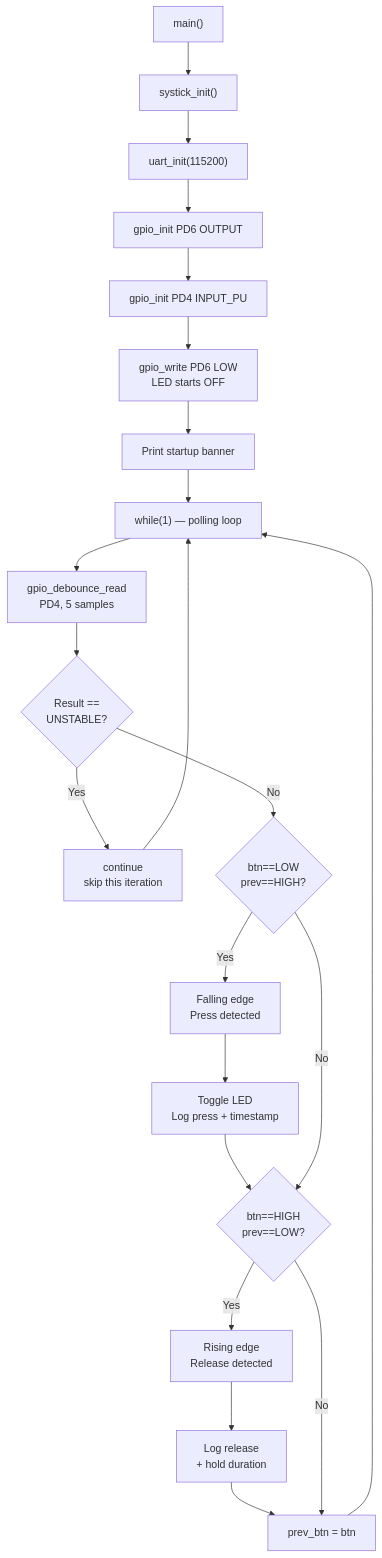
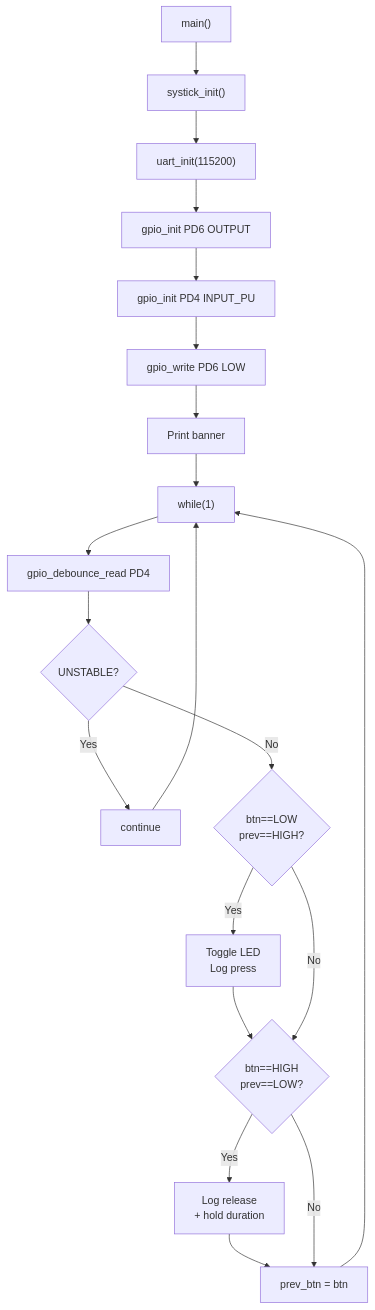
One commit to Russhi1/VSD-Squadron-Internship changed the third of 3 diagrams in task5/documentation/ARCHITECTURE.md. Above: the diagram before and after it, drawn with Mermaid. The commit also changed other lines of this file and 4 other files, not shown here.

````diff
--- a/task5/documentation/ARCHITECTURE.md
+++ b/task5/documentation/ARCHITECTURE.md
@@ -151,31 +123,29 @@
 ```mermaid
 graph TD
     S1["main()"]
     S2["systick_init()"]
     S3["uart_init(115200)"]
     S4["gpio_init PD6 OUTPUT"]
     S5["gpio_init PD4 INPUT_PU"]
-    S6["gpio_write PD6 LOW\nLED starts OFF"]
-    S7["Print startup banner"]
-    S8["while(1) — polling loop"]
-    S9["gpio_debounce_read\nPD4, 5 samples"]
-    S10{"Result ==\nUNSTABLE?"}
-    S11["continue\nskip this iteration"]
+    S6["gpio_write PD6 LOW"]
+    S7["Print banner"]
+    S8["while(1)"]
+    S9["gpio_debounce_read PD4"]
+    S10{"UNSTABLE?"}
+    S11["continue"]
     S12{"btn==LOW\nprev==HIGH?"}
-    S13["Falling edge\nPress detected"]
-    S14["Toggle LED\nLog press + timestamp"]
-    S15{"btn==HIGH\nprev==LOW?"}
-    S16["Rising edge\nRelease detected"]
-    S17["Log release\n+ hold duration"]
-    S18["prev_btn = btn"]
+    S13["Toggle LED\nLog press"]
+    S14{"btn==HIGH\nprev==LOW?"}
+    S15["Log release\n+ hold duration"]
+    S16["prev_btn = btn"]
 
     S1 --> S2 --> S3 --> S4 --> S5 --> S6 --> S7 --> S8
     S8 --> S9 --> S10
     S10 -->|"Yes"| S11 --> S8
     S10 -->|"No"| S12
-    S12 -->|"Yes"| S13 --> S14 --> S15
-    S12 -->|"No"| S15
-    S15 -->|"Yes"| S16 --> S17 --> S18
-    S15 -->|"No"| S18
-    S18 --> S8
+    S12 -->|"Yes"| S13 --> S14
+    S12 -->|"No"| S14
+    S14 -->|"Yes"| S15 --> S16
+    S14 -->|"No"| S16
+    S16 --> S8
 ```
````
